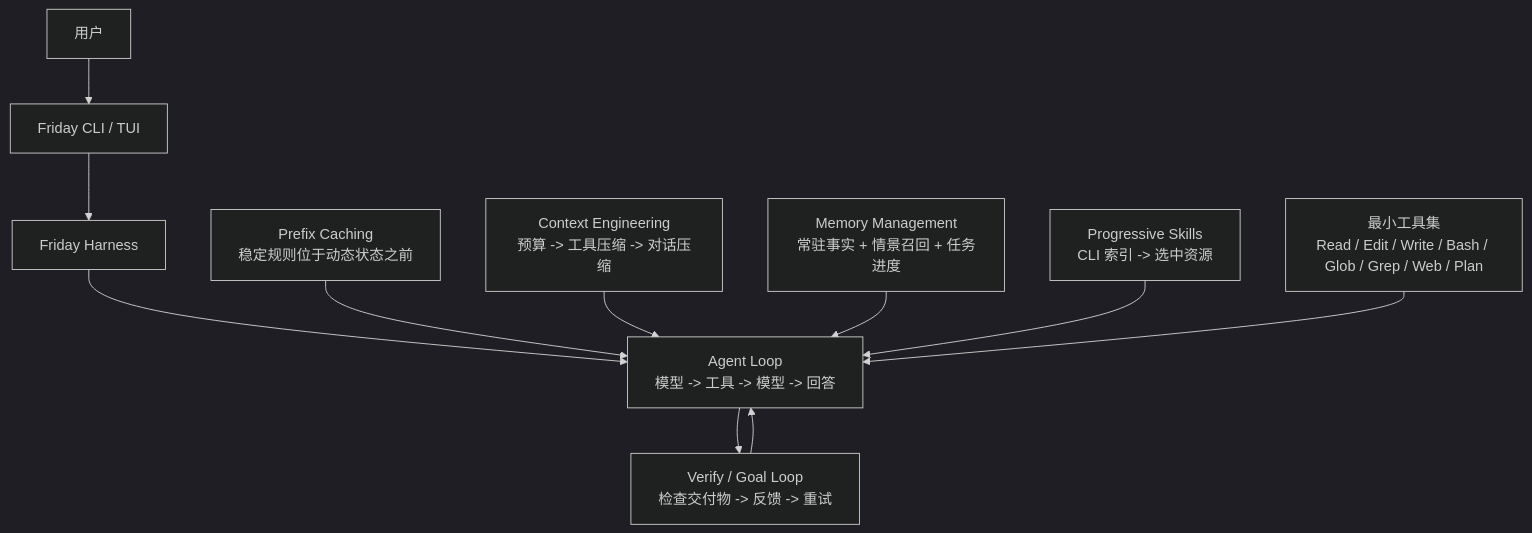
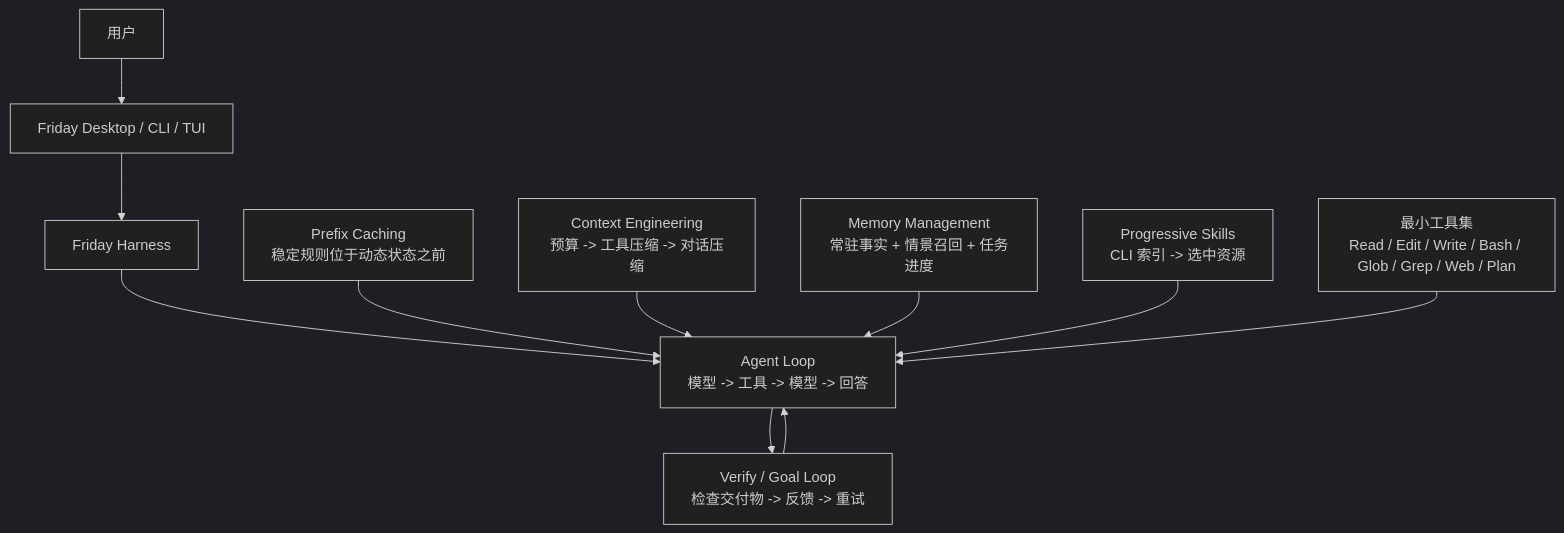
The diagram in README.zh-CN.md (Lancetwang/friday), drawn with Mermaid (dark theme) before and after one commit. The commit also changed other lines of this file and 7 other files, not shown here.

````diff
--- a/README.zh-CN.md
+++ b/README.zh-CN.md
@@ -40,15 +48,15 @@
 ```mermaid
 flowchart TD
-    User["用户"] --> Surface["Friday CLI / TUI"]
+    User["用户"] --> Surface["Friday Desktop / CLI / TUI"]
     Surface --> Harness["Friday Harness"]
 
     Harness --> AgentLoop["Agent Loop<br/>模型 -> 工具 -> 模型 -> 回答"]
     AgentLoop --> OuterLoop["Verify / Goal Loop<br/>检查交付物 -> 反馈 -> 重试"]
     OuterLoop --> AgentLoop
 
     Prefix["Prefix Caching<br/>稳定规则位于动态状态之前"] --> AgentLoop
     Context["Context Engineering<br/>预算 -> 工具压缩 -> 对话压缩"] --> AgentLoop
     Memory["Memory Management<br/>常驻事实 + 情景召回 + 任务进度"] --> AgentLoop
     Skills["Progressive Skills<br/>CLI 索引 -> 选中资源"] --> AgentLoop
     Tools["最小工具集<br/>Read / Edit / Write / Bash / Glob / Grep / Web / Plan"] --> AgentLoop
 ```
````
